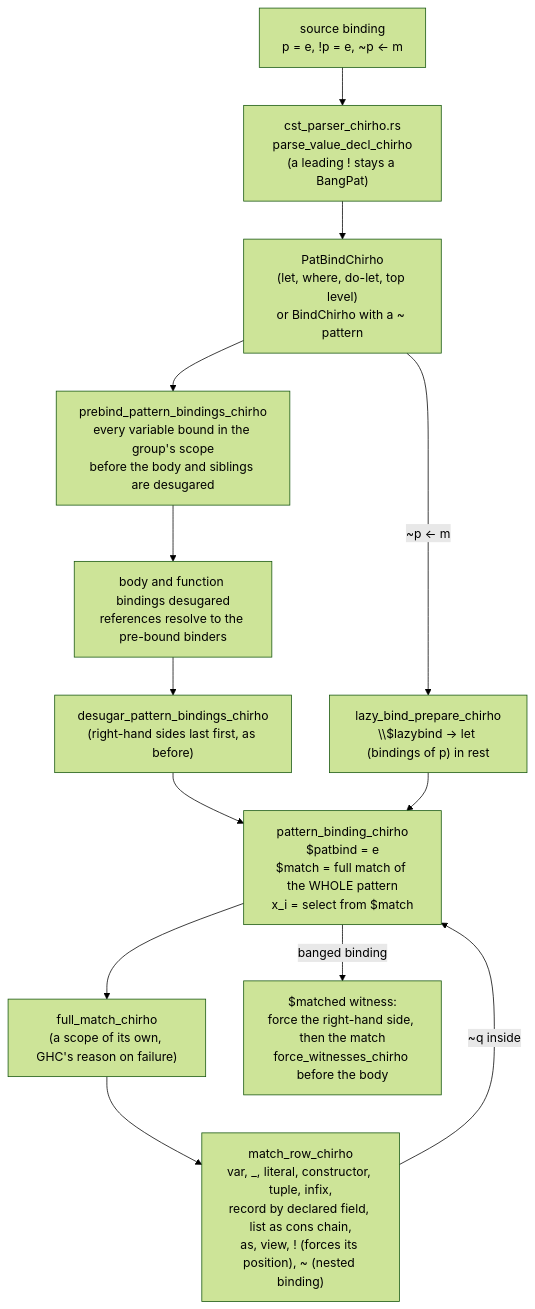
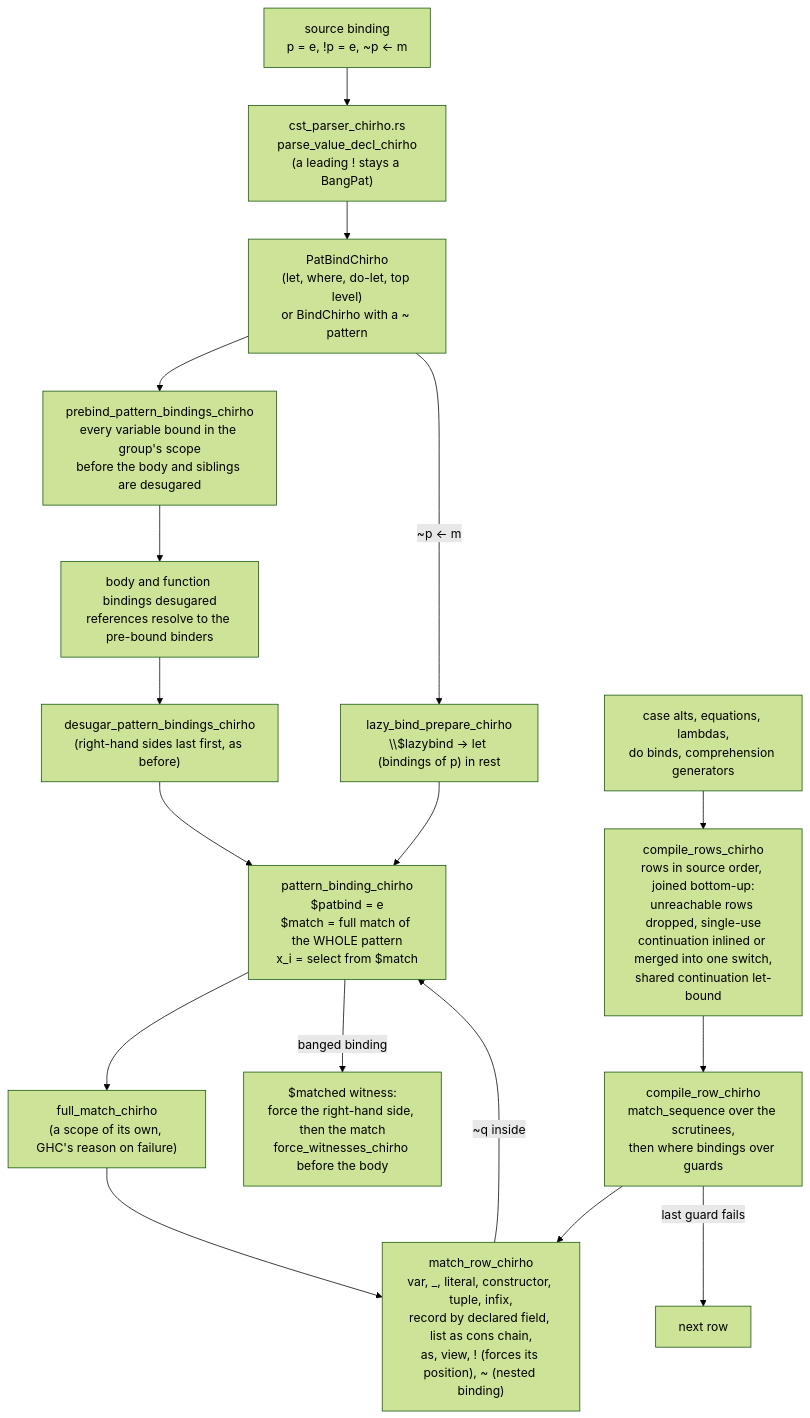
One commit to loveJesus/haskelujah-chirho changed the diagram in spec-chirho/workflows-chirho/language-features-chirho/pattern-matching-chirho.md. Above: the diagram before and after it, drawn with Mermaid (forest theme). The commit also changed other lines of this file and 1 other file, not shown here.

````diff
--- a/spec-chirho/workflows-chirho/language-features-chirho/pattern-matching-chirho.md
+++ b/spec-chirho/workflows-chirho/language-features-chirho/pattern-matching-chirho.md
@@ -21,15 +22,19 @@
 ```mermaid
 flowchart TD
     SRC["source binding\np = e, !p = e, ~p <- m"] --> PARSE["cst_parser_chirho.rs\nparse_value_decl_chirho\n(a leading ! stays a BangPat)"]
     PARSE --> AST["PatBindChirho\n(let, where, do-let, top level)\nor BindChirho with a ~ pattern"]
     AST --> PREBIND["prebind_pattern_bindings_chirho\nevery variable bound in the group's scope\nbefore the body and siblings are desugared"]
     PREBIND --> BODY["body and function bindings desugared\nreferences resolve to the pre-bound binders"]
     BODY --> BIND["desugar_pattern_bindings_chirho\n(right-hand sides last first, as before)"]
     BIND --> PB["pattern_binding_chirho\n$patbind = e\n$match = full match of the WHOLE pattern\nx_i = select from $match"]
     PB --> FULL["full_match_chirho\n(a scope of its own, GHC's reason on failure)"]
     FULL --> ROW["match_row_chirho\nvar, _, literal, constructor, tuple, infix,\nrecord by declared field, list as cons chain,\nas, view, ! (forces its position), ~ (nested binding)"]
     ROW -->|"~q inside"| PB
     PB -->|"banged binding"| WITNESS["$matched witness:\nforce the right-hand side, then the match\nforce_witnesses_chirho before the body"]
     AST -->|"~p <- m"| LAZYBIND["lazy_bind_prepare_chirho\n\\$lazybind -> let (bindings of p) in rest"]
     LAZYBIND --> PB
+    MATCHSRC["case alts, equations, lambdas,\ndo binds, comprehension generators"] --> ROWS["compile_rows_chirho\nrows in source order, joined bottom-up:\nunreachable rows dropped, single-use\ncontinuation inlined or merged into one switch,\nshared continuation let-bound"]
+    ROWS --> ROWONE["compile_row_chirho\nmatch_sequence over the scrutinees,\nthen where bindings over guards"]
+    ROWONE --> ROW
+    ROWONE -->|"last guard fails"| NEXT["next row"]
 ```
````
